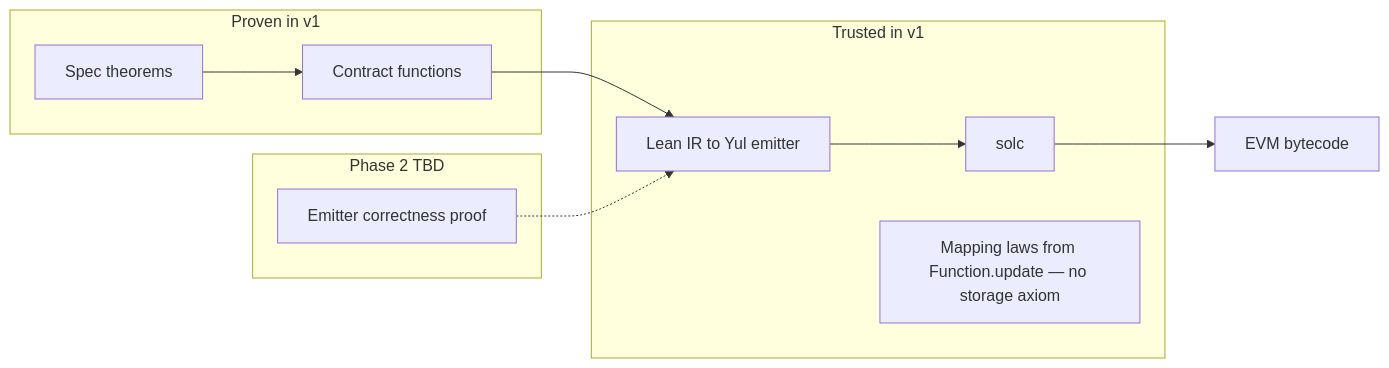
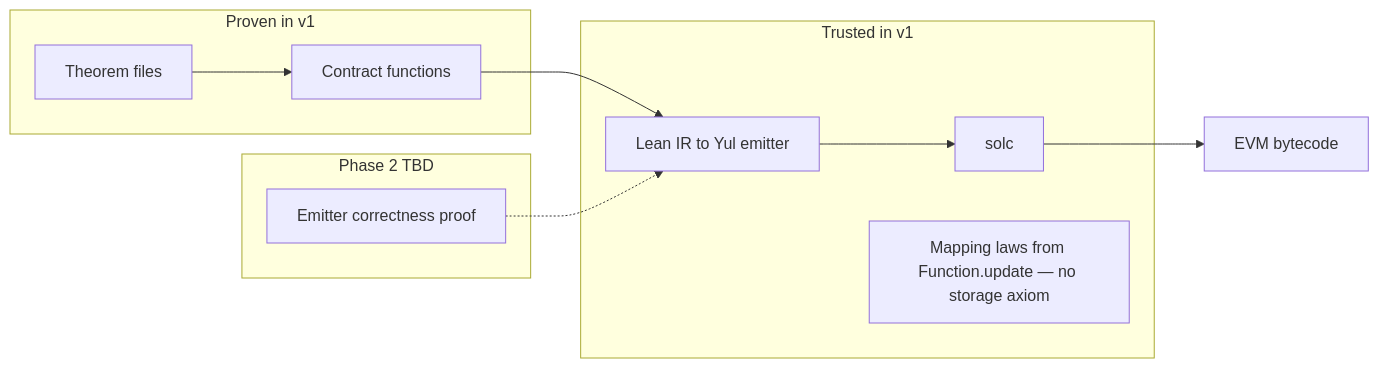
One commit to prevostc/lsc changed the first of 2 diagrams in lsc-toolchain.md. Above: the diagram before and after it, drawn with Mermaid. The commit also changed other lines of this file and 2 other files, not shown here.

Commit message:
theorems instead of prop

````diff
--- a/lsc-toolchain.md
+++ b/lsc-toolchain.md
@@ -354,21 +353,21 @@
 ```mermaid
 flowchart LR
   subgraph proven_v1 [Proven in v1]
-    SpecThm[Spec theorems]
+    Thm[Theorem files]
     LeanFn[Contract functions]
-    SpecThm --> LeanFn
+    Thm --> LeanFn
   end
 
   subgraph trusted_v1 [Trusted in v1]
     Emitter[Lean IR to Yul emitter]
     Solc[solc]
     Note[Mapping laws from Function.update — no storage axiom]
   end
 
   subgraph future [Phase 2 TBD]
     EmitterProof[Emitter correctness proof]
   end
 
   LeanFn --> Emitter --> Solc --> Bytecode[EVM bytecode]
   EmitterProof -.-> Emitter
 ```
````
